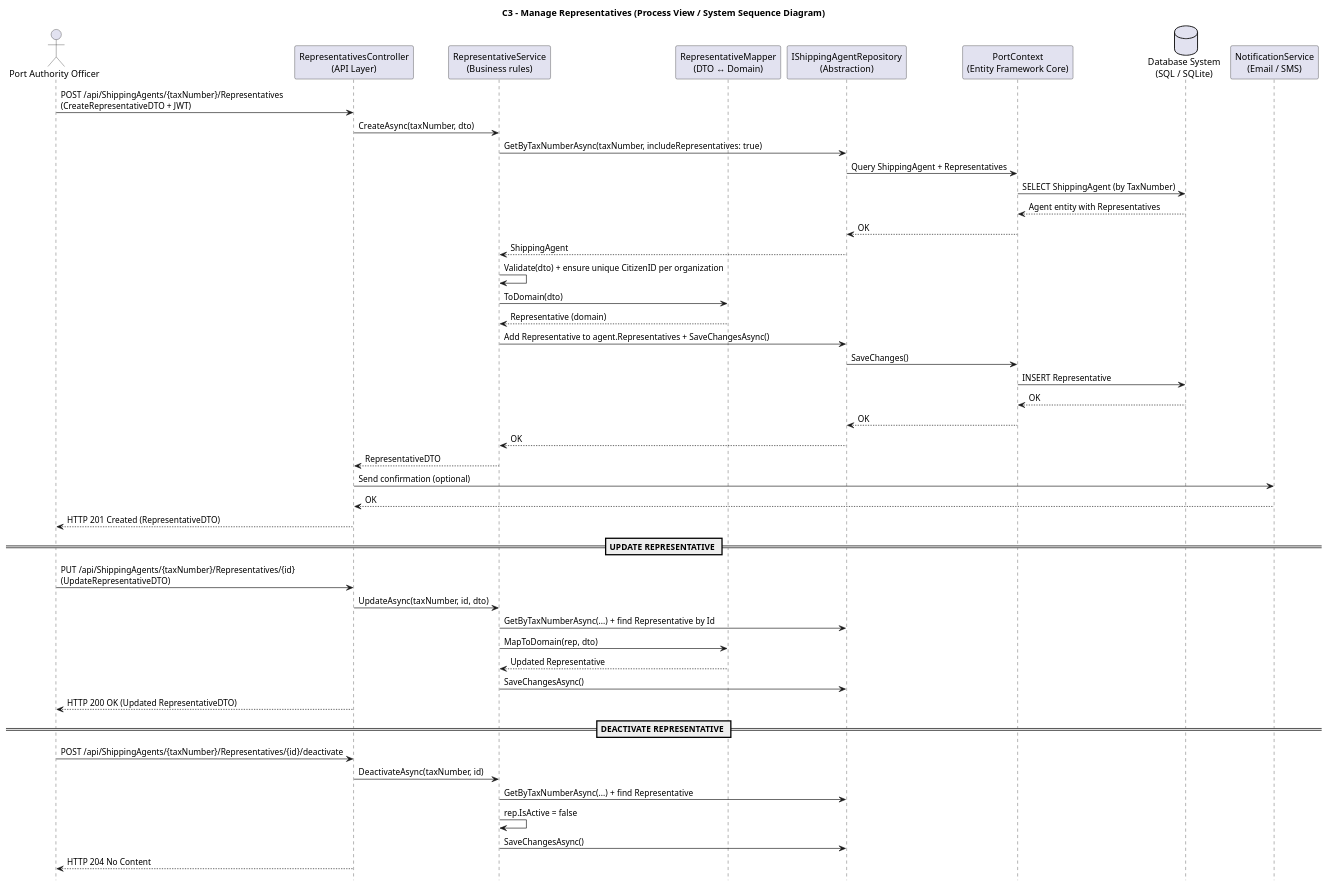
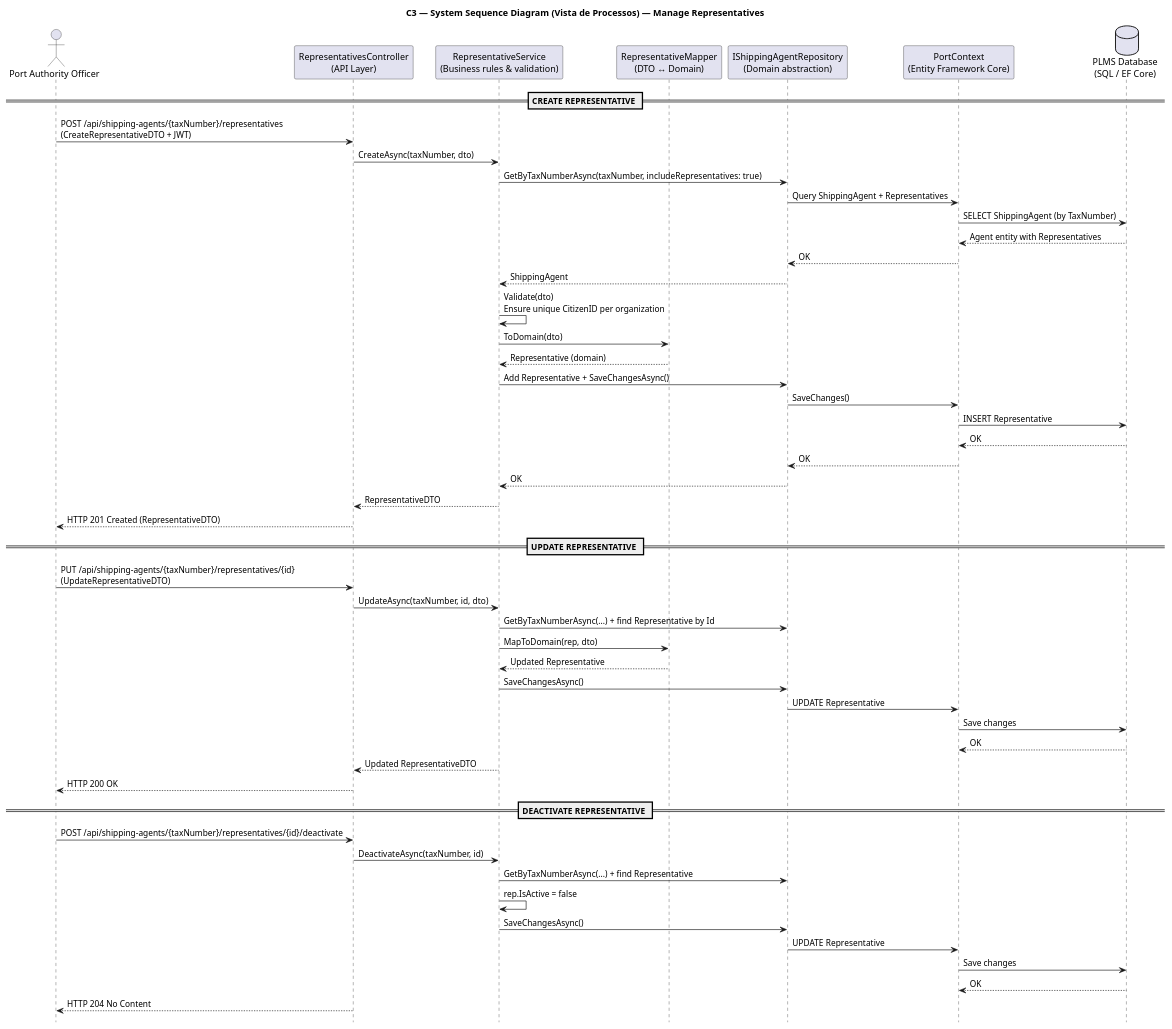
The diagram in Docs/Sprint A/US 2.2.6/Modelo c4/C3_Processos.puml (Departamento-de-Engenharia-Informatica/LEI-SEM5-PI-2025-26-3DM-03), drawn with PlantUML before and after one commit. The commit also changed 12 other files, not shown here.

```diff
--- a/Docs/Sprint A/US 2.2.6/Modelo c4/C3_Processos.puml
+++ b/Docs/Sprint A/US 2.2.6/Modelo c4/C3_Processos.puml
@@ -1,57 +1,61 @@
 @startuml C3_Manage_Representatives_Process_View
-title C3 – Manage Representatives (Process View / System Sequence Diagram)
+title C3 — System Sequence Diagram (Vista de Processos) — Manage Representatives
 hide footbox
 
 actor "Port Authority Officer" as Officer
 participant "RepresentativesController\n(API Layer)" as Controller
-participant "RepresentativeService\n(Business rules)" as Service
+participant "RepresentativeService\n(Business rules & validation)" as Service
 participant "RepresentativeMapper\n(DTO ↔ Domain)" as Mapper
-participant "IShippingAgentRepository\n(Abstraction)" as Repo
+participant "IShippingAgentRepository\n(Domain abstraction)" as Repo
 participant "PortContext\n(Entity Framework Core)" as Context
-database "Database System\n(SQL / SQLite)" as DB
-participant "NotificationService\n(Email / SMS)" as Notif
+database "PLMS Database\n(SQL / EF Core)" as DB
 
-' === CREATE REPRESENTATIVE ===
-Officer -> Controller : POST /api/ShippingAgents/{taxNumber}/Representatives\n(CreateRepresentativeDTO + JWT)
+== CREATE REPRESENTATIVE ==
+Officer -> Controller : POST /api/shipping-agents/{taxNumber}/representatives\n(CreateRepresentativeDTO + JWT)
 Controller -> Service : CreateAsync(taxNumber, dto)
 
 Service -> Repo : GetByTaxNumberAsync(taxNumber, includeRepresentatives: true)
 Repo -> Context : Query ShippingAgent + Representatives
 Context -> DB : SELECT ShippingAgent (by TaxNumber)
 DB --> Context : Agent entity with Representatives
 Context --> Repo : OK
 Repo --> Service : ShippingAgent
 
-Service -> Service : Validate(dto) + ensure unique CitizenID per organization
+Service -> Service : Validate(dto)\nEnsure unique CitizenID per organization
 Service -> Mapper : ToDomain(dto)
 Mapper --> Service : Representative (domain)
-Service -> Repo : Add Representative to agent.Representatives + SaveChangesAsync()
+Service -> Repo : Add Representative + SaveChangesAsync()
 Repo -> Context : SaveChanges()
 Context -> DB : INSERT Representative
 DB --> Context : OK
 Context --> Repo : OK
 Repo --> Service : OK
 
 Service --> Controller : RepresentativeDTO
-Controller -> Notif : Send confirmation (optional)
-Notif --> Controller : OK
 Controller --> Officer : HTTP 201 Created (RepresentativeDTO)
 
 == UPDATE REPRESENTATIVE ==
-Officer -> Controller : PUT /api/ShippingAgents/{taxNumber}/Representatives/{id}\n(UpdateRepresentativeDTO)
+Officer -> Controller : PUT /api/shipping-agents/{taxNumber}/representatives/{id}\n(UpdateRepresentativeDTO)
 Controller -> Service : UpdateAsync(taxNumber, id, dto)
 Service -> Repo : GetByTaxNumberAsync(...) + find Representative by Id
 Service -> Mapper : MapToDomain(rep, dto)
 Mapper --> Service : Updated Representative
 Service -> Repo : SaveChangesAsync()
-Controller --> Officer : HTTP 200 OK (Updated RepresentativeDTO)
+Repo -> Context : UPDATE Representative
+Context -> DB : Save changes
+DB --> Context : OK
+Service --> Controller : Updated RepresentativeDTO
+Controller --> Officer : HTTP 200 OK
 
 == DEACTIVATE REPRESENTATIVE ==
-Officer -> Controller : POST /api/ShippingAgents/{taxNumber}/Representatives/{id}/deactivate
+Officer -> Controller : POST /api/shipping-agents/{taxNumber}/representatives/{id}/deactivate
 Controller -> Service : DeactivateAsync(taxNumber, id)
 Service -> Repo : GetByTaxNumberAsync(...) + find Representative
 Service -> Service : rep.IsActive = false
 Service -> Repo : SaveChangesAsync()
+Repo -> Context : UPDATE Representative
+Context -> DB : Save changes
+DB --> Context : OK
 Controller --> Officer : HTTP 204 No Content
 
 @enduml
```
